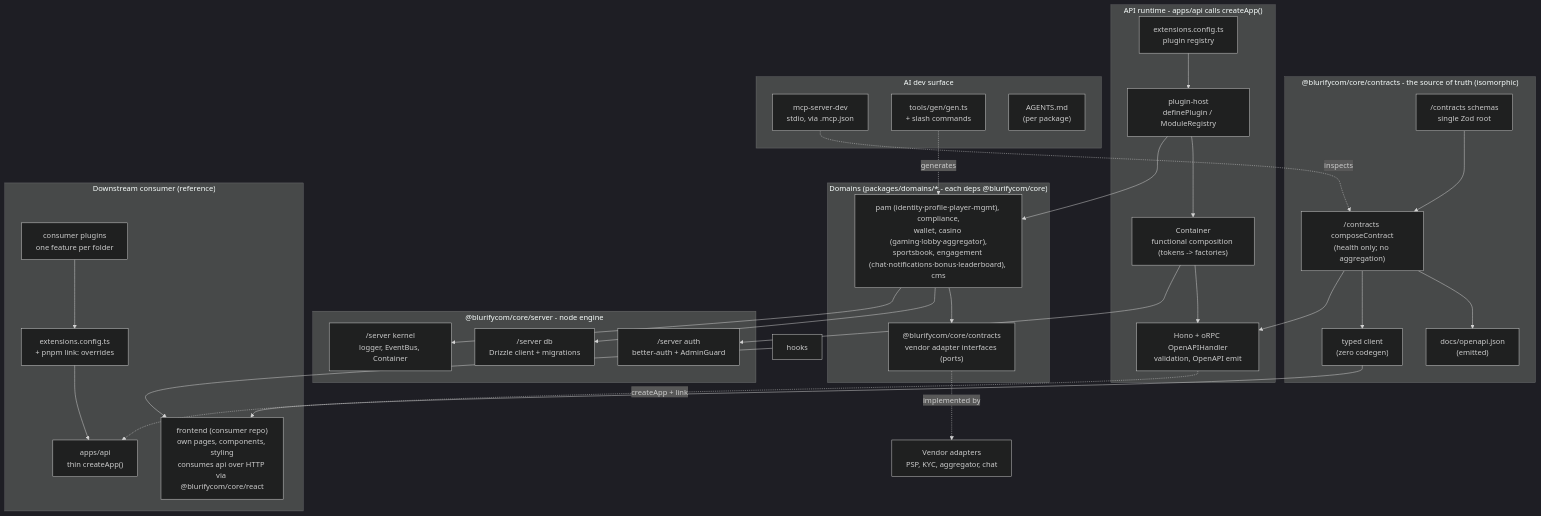
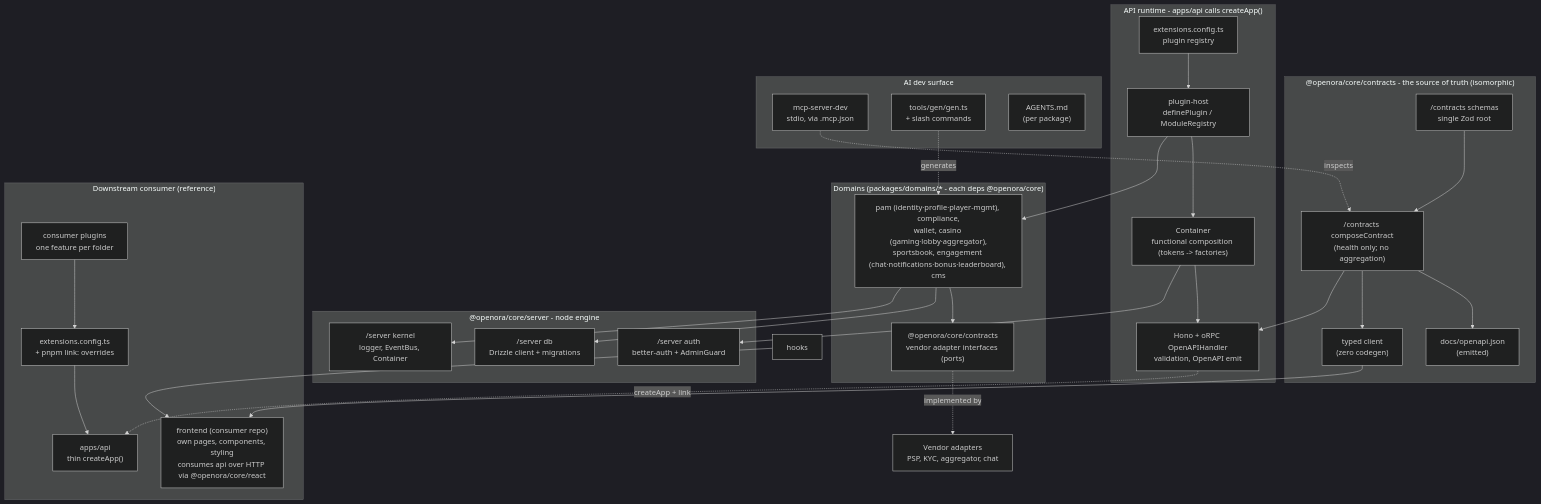
One commit to blurifycom/openora changed the first of 2 diagrams in docs/architecture.md. Above: the diagram before and after it, drawn with Mermaid (dark theme). The commit also changed other lines of this file and 357 other files, not shown here.

````diff
--- a/docs/architecture.md
+++ b/docs/architecture.md
@@ -20,63 +20,63 @@
 ```mermaid
 flowchart TB
-  subgraph contracts["@blurifycom/core/contracts - the source of truth (isomorphic)"]
+  subgraph contracts["@openora/core/contracts - the source of truth (isomorphic)"]
     zod["/contracts schemas<br/>single Zod root"]
     orpc["/contracts composeContract<br/>(health only; no aggregation)"]
     openapi["docs/openapi.json<br/>(emitted)"]
     client["typed client<br/>(zero codegen)"]
     zod --> orpc
     orpc --> openapi
     orpc --> client
   end
 
   subgraph runtime["API runtime - apps/api calls createApp()"]
     cfg["extensions.config.ts<br/>plugin registry"]
     host["plugin-host<br/>definePlugin / ModuleRegistry"]
     container["Container<br/>functional composition (tokens -> factories)"]
     hono["Hono + oRPC OpenAPIHandler<br/>validation, OpenAPI emit"]
     cfg --> host
     host --> container
     container --> hono
     orpc --> hono
   end
 
-  subgraph platform["@blurifycom/core/server - node engine"]
+  subgraph platform["@openora/core/server - node engine"]
     db["/server db<br/>Drizzle client + migrations"]
     auth["/server auth<br/>better-auth + AdminGuard"]
     core["/server kernel<br/>logger, EventBus, Container"]
   end
 
-  subgraph modules["Domains (packages/domains/* - each deps @blurifycom/core)"]
+  subgraph modules["Domains (packages/domains/* - each deps @openora/core)"]
     mod["pam (identity·profile·player-mgmt), compliance,<br/>wallet, casino (gaming·lobby·aggregator),<br/>sportsbook, engagement (chat·notifications·bonus·leaderboard), cms"]
-    adapters["@blurifycom/core/contracts<br/>vendor adapter interfaces (ports)"]
+    adapters["@openora/core/contracts<br/>vendor adapter interfaces (ports)"]
     mod --> adapters
   end
 
   vendor["Vendor adapters<br/>PSP, KYC, aggregator, chat"]
 
   host --> mod
   container --> auth
   mod --> db
   mod --> core
   adapters -. implemented by .-> vendor
 
   subgraph consumer["Downstream consumer (reference)"]
     bapi["apps/api<br/>thin createApp()"]
-    bfront["frontend (consumer repo)<br/>own pages, components, styling<br/>consumes api over HTTP via @blurifycom/core/react"]
+    bfront["frontend (consumer repo)<br/>own pages, components, styling<br/>consumes api over HTTP via @openora/core/react"]
     bplug["consumer plugins<br/>one feature per folder"]
     bcfg["extensions.config.ts<br/>+ pnpm link: overrides"]
     bplug --> bcfg
     bcfg --> bapi
   end
   hono -. createApp + link .-> bapi
   client --> bfront
   hooks --> bfront
 
   subgraph ai["AI dev surface"]
     mcp["mcp-server-dev<br/>stdio, via .mcp.json"]
     scaffold["tools/gen/gen.ts<br/>+ slash commands"]
     agentsmd["AGENTS.md<br/>(per package)"]
   end
   mcp -. inspects .-> orpc
   scaffold -. generates .-> mod
 ```
````
